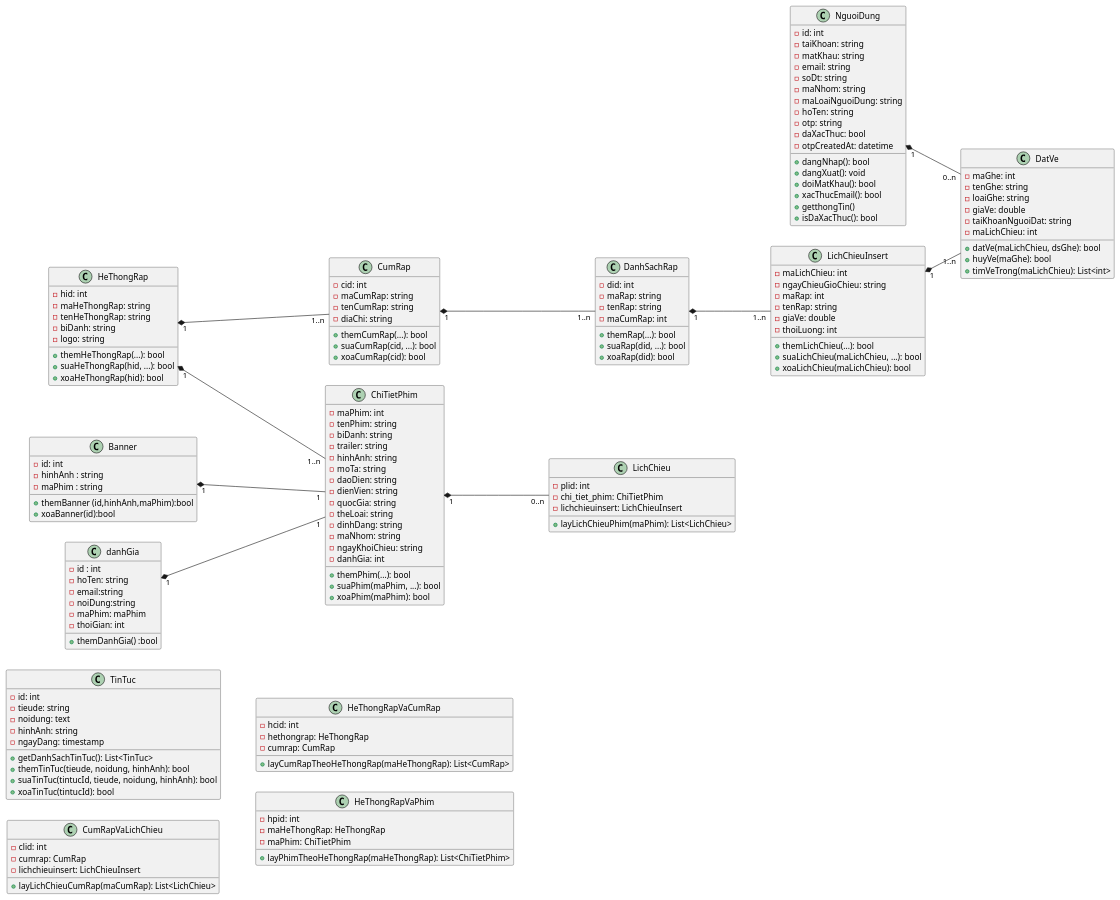
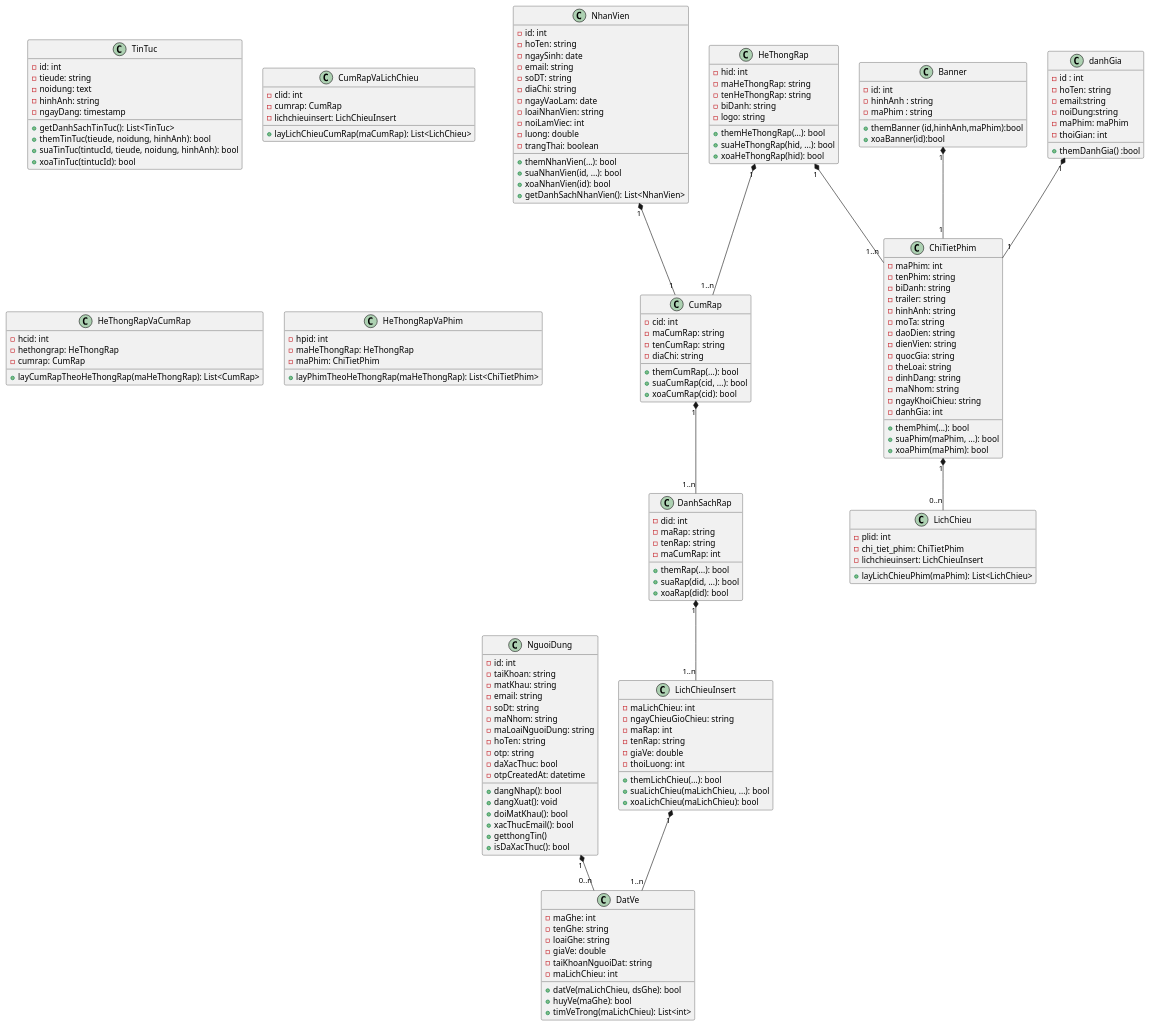
Before and after one commit to thientam2829/Project3: the diagram in test.wsd, drawn with PlantUML. The commit also changed 29 other files, not shown here.

```diff
--- a/test.wsd
+++ b/test.wsd
@@ -1,162 +1,179 @@
 @startuml class
-left to right direction
+
 class NguoiDung {
     - id: int
     - taiKhoan: string
     - matKhau: string
     - email: string
     - soDt: string
     - maNhom: string
     - maLoaiNguoiDung: string
     - hoTen: string
     - otp: string
     - daXacThuc: bool
     - otpCreatedAt: datetime
     + dangNhap(): bool
     + dangXuat(): void
     + doiMatKhau(): bool
     + xacThucEmail(): bool
     + getthongTin()
     + isDaXacThuc(): bool
 }
 class Banner {
     - id: int 
     - hinhAnh : string 
     - maPhim : string 
     + themBanner (id,hinhAnh,maPhim):bool
     + xoaBanner(id):bool
 }
 class TinTuc {
     - id: int
     - tieude: string
     - noidung: text
     - hinhAnh: string
     - ngayDang: timestamp
     + getDanhSachTinTuc(): List<TinTuc>
     + themTinTuc(tieude, noidung, hinhAnh): bool
     + suaTinTuc(tintucId, tieude, noidung, hinhAnh): bool
     + xoaTinTuc(tintucId): bool
-}
-
-class ChiTietPhim {
-    - maPhim: int
-    - tenPhim: string
-    - biDanh: string
-    - trailer: string
-    - hinhAnh: string
-    - moTa: string
-    - daoDien: string
-    - dienVien: string
-    - quocGia: string
-    - theLoai: string
-    - dinhDang: string
-    - maNhom: string
-    - ngayKhoiChieu: string
-    - danhGia: int
-    + themPhim(...): bool
-    + suaPhim(maPhim, ...): bool
-    + xoaPhim(maPhim): bool
-    
 }
 
 class CumRap {
     - cid: int
     - maCumRap: string
     - tenCumRap: string
     - diaChi: string
     + themCumRap(...): bool
     + suaCumRap(cid, ...): bool
     + xoaCumRap(cid): bool
 }
 
 class DanhSachRap {
     - did: int
     - maRap: string
     - tenRap: string
     - maCumRap: int
     + themRap(...): bool
     + suaRap(did, ...): bool
     + xoaRap(did): bool
 }
 
 class HeThongRap {
     - hid: int
     - maHeThongRap: string
     - tenHeThongRap: string
     - biDanh: string
     - logo: string
     + themHeThongRap(...): bool
     + suaHeThongRap(hid, ...): bool
     + xoaHeThongRap(hid): bool
 }
 
 class LichChieuInsert {
     - maLichChieu: int
     - ngayChieuGioChieu: string
     - maRap: int
     - tenRap: string
     - giaVe: double
     - thoiLuong: int
     + themLichChieu(...): bool
     + suaLichChieu(maLichChieu, ...): bool
     + xoaLichChieu(maLichChieu): bool
 }
 
 class DatVe {
     - maGhe: int
     - tenGhe: string
     - loaiGhe: string
     - giaVe: double
     - taiKhoanNguoiDat: string
     - maLichChieu: int
     + datVe(maLichChieu, dsGhe): bool
     + huyVe(maGhe): bool
     + timVeTrong(maLichChieu): List<int>
 }
 
 class LichChieu {
     - plid: int
     - chi_tiet_phim: ChiTietPhim
     - lichchieuinsert: LichChieuInsert
     + layLichChieuPhim(maPhim): List<LichChieu>
 }
 
 class CumRapVaLichChieu {
     - clid: int
     - cumrap: CumRap
     - lichchieuinsert: LichChieuInsert
     + layLichChieuCumRap(maCumRap): List<LichChieu>
 }
 
 class HeThongRapVaCumRap {
     - hcid: int
     - hethongrap: HeThongRap
     - cumrap: CumRap
     + layCumRapTheoHeThongRap(maHeThongRap): List<CumRap>
 }
 
 class HeThongRapVaPhim {
     - hpid: int
     - maHeThongRap: HeThongRap
     - maPhim: ChiTietPhim
     + layPhimTheoHeThongRap(maHeThongRap): List<ChiTietPhim>
 }
 class danhGia {
     -id : int
     -hoTen: string
     -email:string
     -noiDung:string
     -maPhim: maPhim
     -thoiGian: int
     + themDanhGia() :bool
 }
+class ChiTietPhim {
+- maPhim: int
+- tenPhim: string
+- biDanh: string
+- trailer: string
+- hinhAnh: string
+- moTa: string
+- daoDien: string
+- dienVien: string
+- quocGia: string
+- theLoai: string
+- dinhDang: string
+- maNhom: string
+- ngayKhoiChieu: string
+- danhGia: int
++ themPhim(...): bool
++ suaPhim(maPhim, ...): bool
++ xoaPhim(maPhim): bool
+}
+
+class NhanVien {
+- id: int
+- hoTen: string
+- ngaySinh: date
+- email: string
+- soDT: string
+- diaChi: string
+- ngayVaoLam: date
+- loaiNhanVien: string
+- noiLamViec: int
+- luong: double
+- trangThai: boolean
++ themNhanVien(...): bool
++ suaNhanVien(id, ...): bool
++ xoaNhanVien(id): bool
++ getDanhSachNhanVien(): List<NhanVien>
+}
 NguoiDung "1" *-- "0..n" DatVe
 ChiTietPhim "1" *-- "0..n" LichChieu
 CumRap "1" *-- "1..n" DanhSachRap
 DanhSachRap "1" *-- "1..n" LichChieuInsert
 LichChieuInsert "1" *-- "1..n" DatVe
 HeThongRap "1" *-- "1..n" CumRap
 HeThongRap "1" *-- "1..n" ChiTietPhim
 Banner "1"*--"1" ChiTietPhim
 danhGia "1"*--"1" ChiTietPhim
+NhanVien "1" *-- "1" CumRap
 @enduml
```
